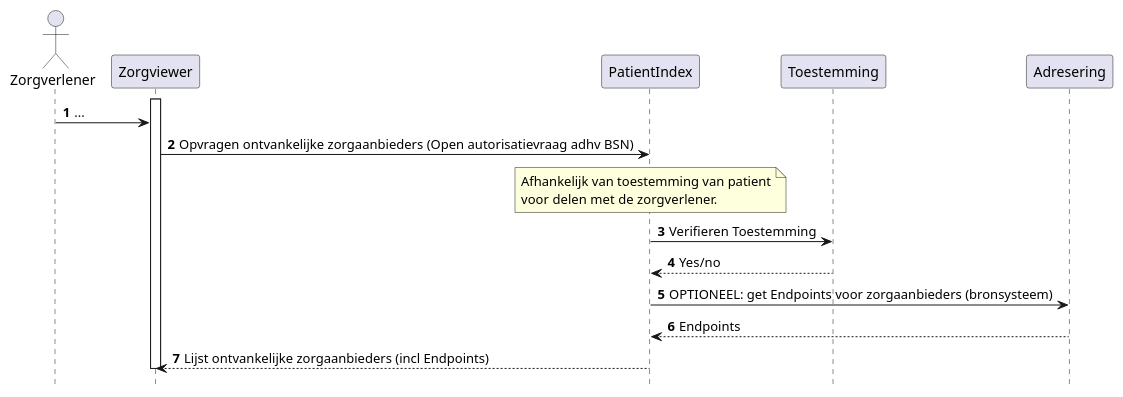
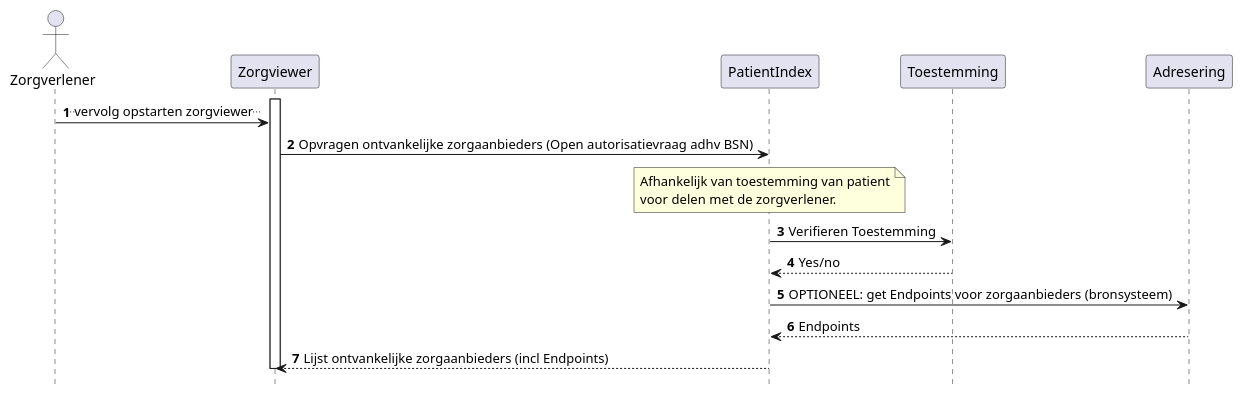
The diagram in input/images-source/Zorgviewer-seq-2.plantuml (RIVO-Noord/zorgviewer-ig), drawn with PlantUML before and after one commit. The commit also changed 4 other files, not shown here.

```diff
--- a/input/images-source/Zorgviewer-seq-2.plantuml
+++ b/input/images-source/Zorgviewer-seq-2.plantuml
@@ -1,22 +1,22 @@
 @startuml
 hide footbox
 autonumber
 
 actor Zorgverlener
 participant Zorgviewer
 participant PatientIndex
 participant Toestemming
 participant Adresering
 
 activate Zorgviewer
-Zorgverlener->Zorgviewer: ...
+Zorgverlener->Zorgviewer: ..vervolg opstarten zorgviewer..
 Zorgviewer->PatientIndex: Opvragen ontvankelijke zorgaanbieders (Open autorisatievraag adhv BSN)
 note over PatientIndex: Afhankelijk van toestemming van patient\nvoor delen met de zorgverlener.
 PatientIndex->Toestemming: Verifieren Toestemming
 Toestemming-->PatientIndex: Yes/no
 PatientIndex->Adresering: OPTIONEEL: get Endpoints voor zorgaanbieders (bronsysteem)
 Adresering-->PatientIndex: Endpoints
 PatientIndex-->Zorgviewer: Lijst ontvankelijke zorgaanbieders (incl Endpoints)
 deactivate Zorgviewer
 
 @enduml
```
